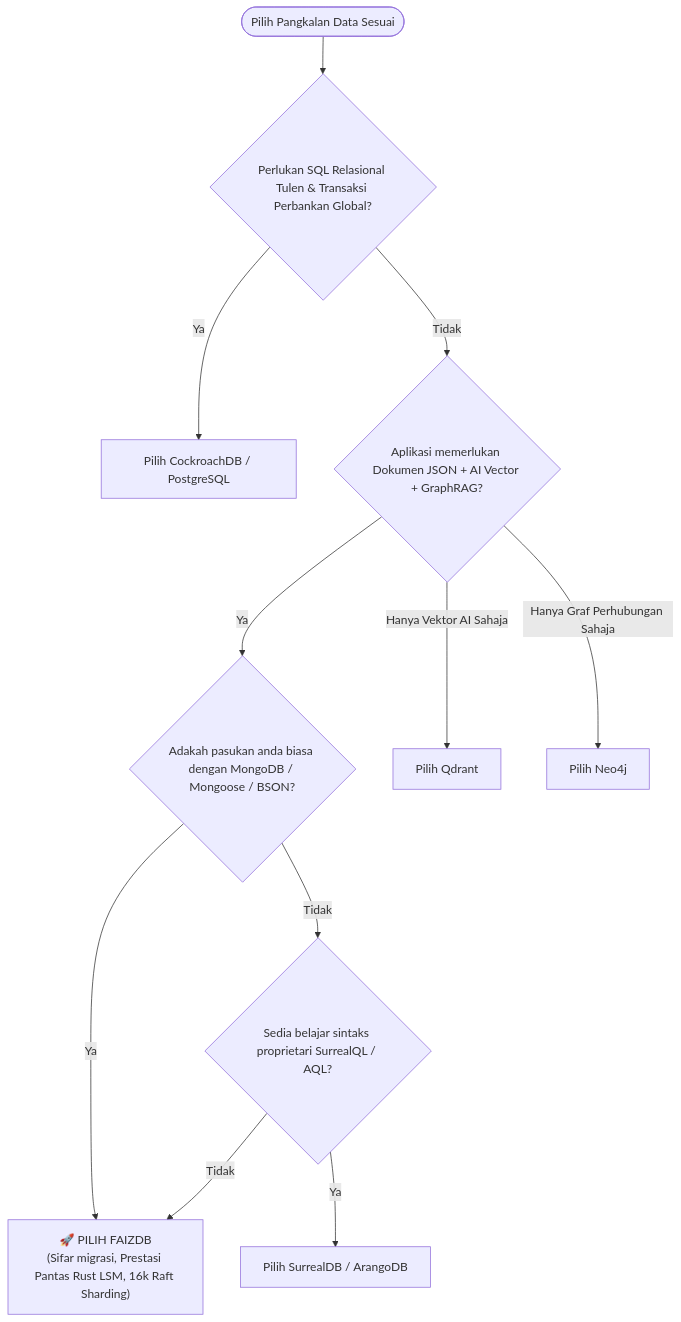
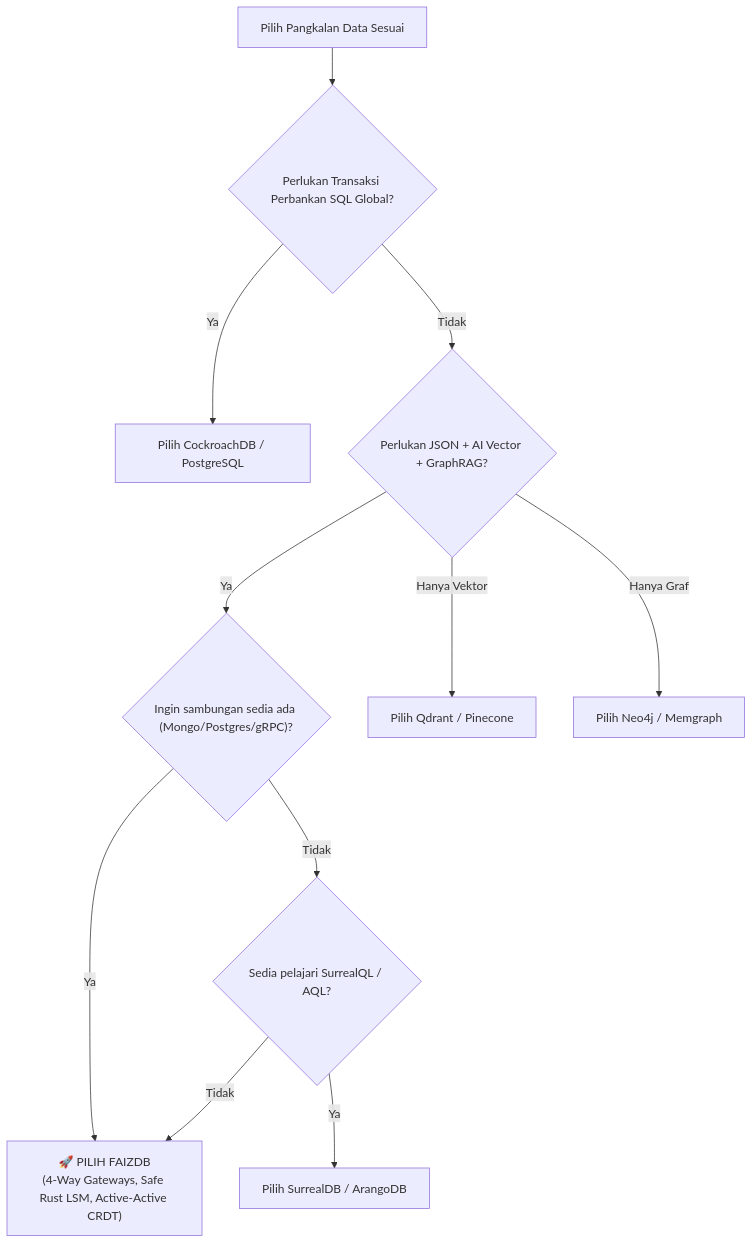
The diagram in docs/COMPETITIVE_ANALYSIS.md (ictdothouse/faizdb), drawn with Mermaid before and after one commit. The commit also changed other lines of this file, not shown here.

Commit message:
docs: fix Mermaid syntax and add rich decision matrix in COMPETITIVE_ANALYSIS.md

````diff
--- a/docs/COMPETITIVE_ANALYSIS.md
+++ b/docs/COMPETITIVE_ANALYSIS.md
@@ -137,15 +139,15 @@
 ```mermaid
-flowchart TD
-    Start([Pilih Pangkalan Data Sesuai]) --> Q1{Perlukan SQL Relasional Tulen & Transaksi Perbankan Global?}
-    Q1 -- Ya --> Cockroach[Pilih CockroachDB / PostgreSQL]
-    Q1 -- Tidak --> Q2{Aplikasi memerlukan Dokumen JSON + AI Vector + GraphRAG?}
+graph TD
+    Start["Pilih Pangkalan Data Sesuai"] --> Q1{"Perlukan Transaksi Perbankan SQL Global?"}
+    Q1 -- "Ya" --> Cockroach["Pilih CockroachDB / PostgreSQL"]
+    Q1 -- "Tidak" --> Q2{"Perlukan JSON + AI Vector + GraphRAG?"}
     
-    Q2 -- Ya --> Q3{Adakah pasukan anda biasa dengan MongoDB / Mongoose / BSON?}
-    Q3 -- Ya --> FaizDBChoice["🚀 PILIH FAIZDB\n(Sifar migrasi, Prestasi Pantas Rust LSM, 16k Raft Sharding)"]
-    Q3 -- Tidak --> Q4{Sedia belajar sintaks proprietari SurrealQL / AQL?}
-    Q4 -- Ya --> Surreal[Pilih SurrealDB / ArangoDB]
-    Q4 -- Tidak --> FaizDBChoice
+    Q2 -- "Ya" --> Q3{"Ingin sambungan sedia ada (Mongo/Postgres/gRPC)?"}
+    Q3 -- "Ya" --> FaizDBChoice["🚀 PILIH FAIZDB<br/>(4-Way Gateways, Safe Rust LSM, Active-Active CRDT)"]
+    Q3 -- "Tidak" --> Q4{"Sedia pelajari SurrealQL / AQL?"}
+    Q4 -- "Ya" --> Surreal["Pilih SurrealDB / ArangoDB"]
+    Q4 -- "Tidak" --> FaizDBChoice
     
-    Q2 -- Hanya Vektor AI Sahaja --> QdrantChoice[Pilih Qdrant]
-    Q2 -- Hanya Graf Perhubungan Sahaja --> Neo4jChoice[Pilih Neo4j]
+    Q2 -- "Hanya Vektor" --> QdrantChoice["Pilih Qdrant / Pinecone"]
+    Q2 -- "Hanya Graf" --> Neo4jChoice["Pilih Neo4j / Memgraph"]
 ```
````
